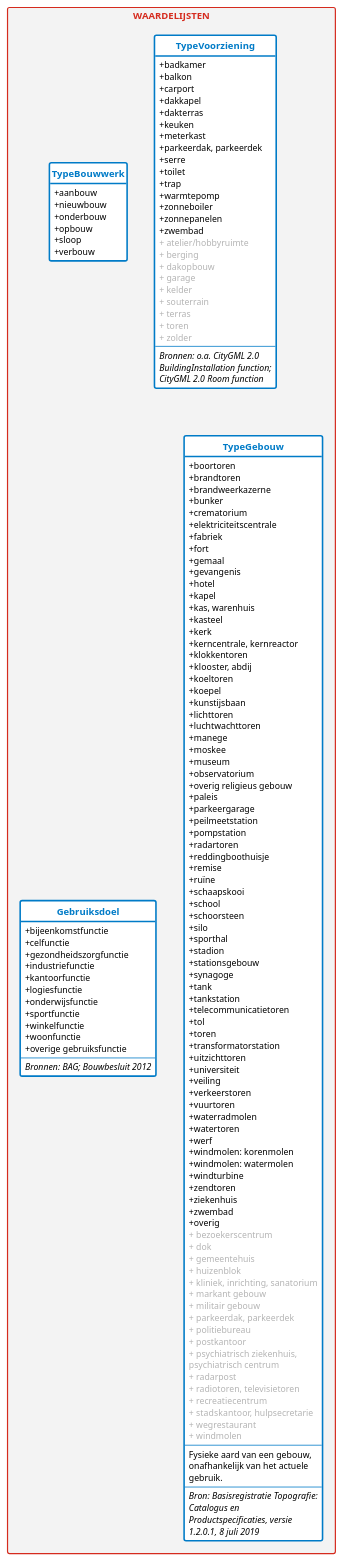
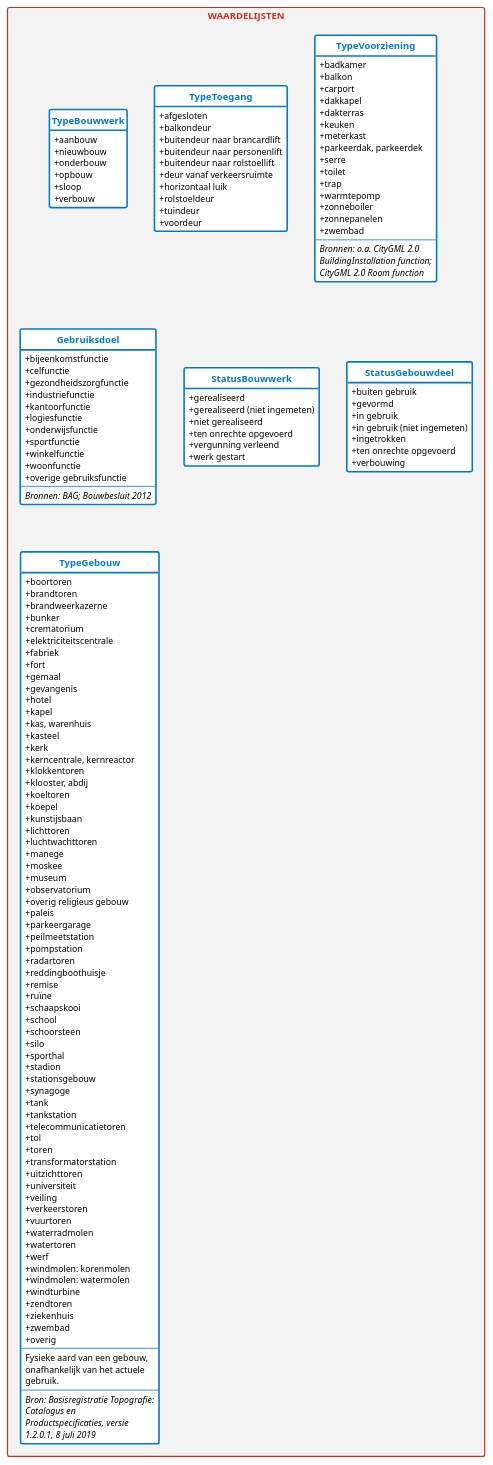
One commit to geobasisregistraties/werkgroep-bouwwerken changed the diagram in model/waardelijsten.puml. Above: the diagram before and after it, drawn with PlantUML. The commit also changed 1 other file, not shown here.

Commit message:
Gebouwblok rechtstreeks uit bouwwerken

```diff
--- a/model/waardelijsten.puml
+++ b/model/waardelijsten.puml
@@ -91,11 +91,15 @@
 
 hide stereotype
 
-' hide AbstractObject
+' hide attributes
 
+' hide methods
+
+' title Conceptueel model voor Bouwwerken
 
 ' =================================================================================================
 
+' hide AbstractObject
 
 package "WAARDELIJSTEN" {
 
@@ -125,6 +129,19 @@
         + verbouw
     }
 
+    class TypeToegang << Referentielijst >> {
+        + afgesloten
+        + balkondeur
+        + buitendeur naar brancardlift
+        + buitendeur naar personenlift
+        + buitendeur naar rolstoellift
+        + deur vanaf verkeersruimte
+        + horizontaal luik
+        + rolstoeldeur
+        + tuindeur
+        + voordeur
+    }
+
     class TypeVoorziening << Referentielijst >> {
         + badkamer
         + balkon
@@ -141,15 +158,15 @@
         + zonneboiler
         + zonnepanelen
         + zwembad
-        <color:#b4b4b4>+ atelier/hobbyruimte</color>
-        <color:#b4b4b4>+ berging</color>
-        <color:#b4b4b4>+ dakopbouw</color>
-        <color:#b4b4b4>+ garage</color>
-        <color:#b4b4b4>+ kelder</color>
-        <color:#b4b4b4>+ souterrain</color>
-        <color:#b4b4b4>+ terras</color>
-        <color:#b4b4b4>+ toren</color>
-        <color:#b4b4b4>+ zolder</color>
+'         + atelier/hobbyruimte
+'         + berging
+'         + dakopbouw
+'         + garage
+'         + kelder
+'         + souterrain
+'         + terras
+'         + toren
+'         + zolder
         --
         <i>Bronnen: o.a. CityGML 2.0 BuildingInstallation function; CityGML 2.0 Room function</i>
     }
@@ -175,6 +192,25 @@
         + overige gebruiksfunctie
         --
         <i>Bronnen: BAG; Bouwbesluit 2012</i>
+    }
+
+    class StatusBouwwerk << Referentielijst >> {
+        + {field} gerealiseerd
+        + {field} gerealiseerd (niet ingemeten)
+        + {field} niet gerealiseerd
+        + {field} ten onrechte opgevoerd
+        + {field} vergunning verleend
+        + {field} werk gestart
+    }
+
+    class StatusGebouwdeel << Referentielijst >> {
+        + {field} buiten gebruik
+        + {field} gevormd
+        + {field} in gebruik
+        + {field} in gebruik (niet ingemeten)
+        + {field} ingetrokken
+        + {field} ten onrechte opgevoerd
+        + {field} verbouwing
     }
 
     class TypeGebouw << Referentielijst >> {
@@ -268,23 +304,23 @@
         + ziekenhuis
         + zwembad
         + overig
-        <color:#b4b4b4>+ bezoekerscentrum</color>
-        <color:#b4b4b4>+ dok</color>
-        <color:#b4b4b4>+ gemeentehuis</color>
-        <color:#b4b4b4>+ huizenblok</color>
-        <color:#b4b4b4>+ kliniek, inrichting, sanatorium</color>
-        <color:#b4b4b4>+ markant gebouw</color>
-        <color:#b4b4b4>+ militair gebouw</color>
-        <color:#b4b4b4>+ parkeerdak, parkeerdek</color>
-        <color:#b4b4b4>+ politiebureau</color>
-        <color:#b4b4b4>+ postkantoor</color>
-        <color:#b4b4b4>+ psychiatrisch ziekenhuis, psychiatrisch centrum</color>
-        <color:#b4b4b4>+ radarpost</color>
-        <color:#b4b4b4>+ radiotoren, televisietoren</color>
-        <color:#b4b4b4>+ recreatiecentrum</color>
-        <color:#b4b4b4>+ stadskantoor, hulpsecretarie</color>
-        <color:#b4b4b4>+ wegrestaurant</color>
-        <color:#b4b4b4>+ windmolen</color>
+'         + bezoekerscentrum
+'         + dok
+'         + gemeentehuis
+'         + huizenblok
+'         + kliniek, inrichting, sanatorium
+'         + markant gebouw
+'         + militair gebouw
+'         + parkeerdak, parkeerdek
+'         + politiebureau
+'         + postkantoor
+'         + psychiatrisch ziekenhuis, psychiatrisch centrum
+'         + radarpost
+'         + radiotoren, televisietoren
+'         + recreatiecentrum
+'         + stadskantoor, hulpsecretarie
+'         + wegrestaurant
+'         + windmolen
         --
         Fysieke aard van een gebouw, onafhankelijk van het actuele gebruik.
         --
```
